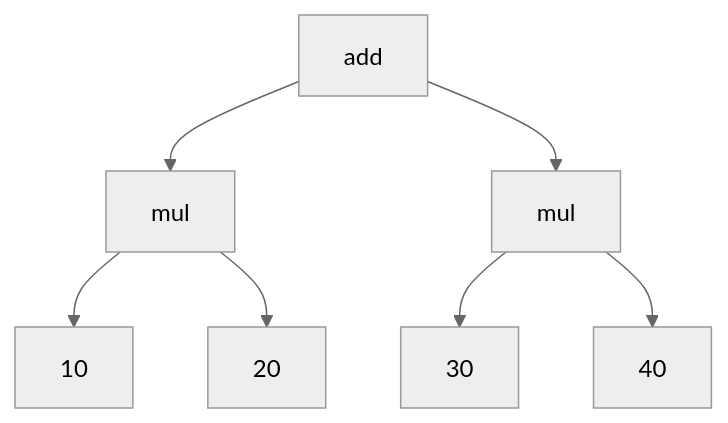
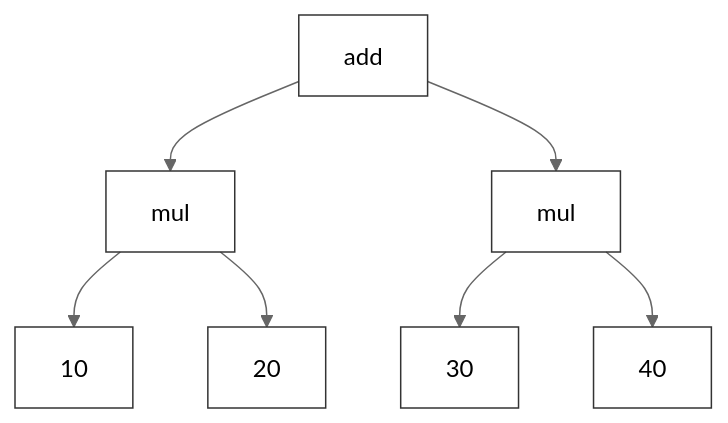
The diagram in chapter-08-bang-operators/chapter-08-dag-operators.md (alankarmisra/tablegen-tutorial), drawn with Mermaid (neutral theme) before and after one commit. The commit also changed other lines of this file, not shown here.

Commit message:
mermaid edits

````diff
--- a/chapter-08-bang-operators/chapter-08-dag-operators.md
+++ b/chapter-08-bang-operators/chapter-08-dag-operators.md
@@ -6,9 +5,12 @@
-<div class="mermaid">
+```mermaid
 graph TD;
   add-->op1[mul]
   add-->op2[mul]
   op1-->10
   op1-->20
   op2-->30
   op2-->40
-</div>
+
+  classDef transparent fill:transparent,stroke:#333;
+  class add,op1,op2,10,20,30,40 transparent;
+```
````
